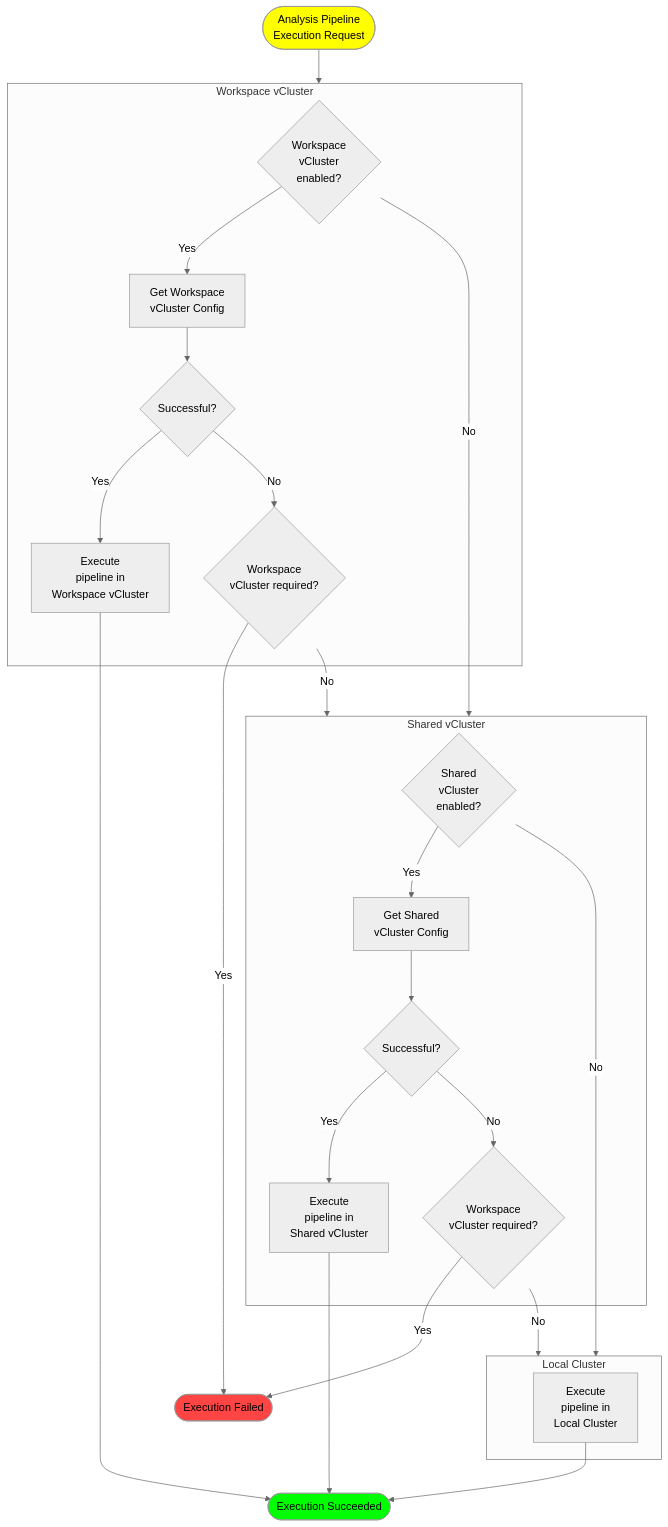
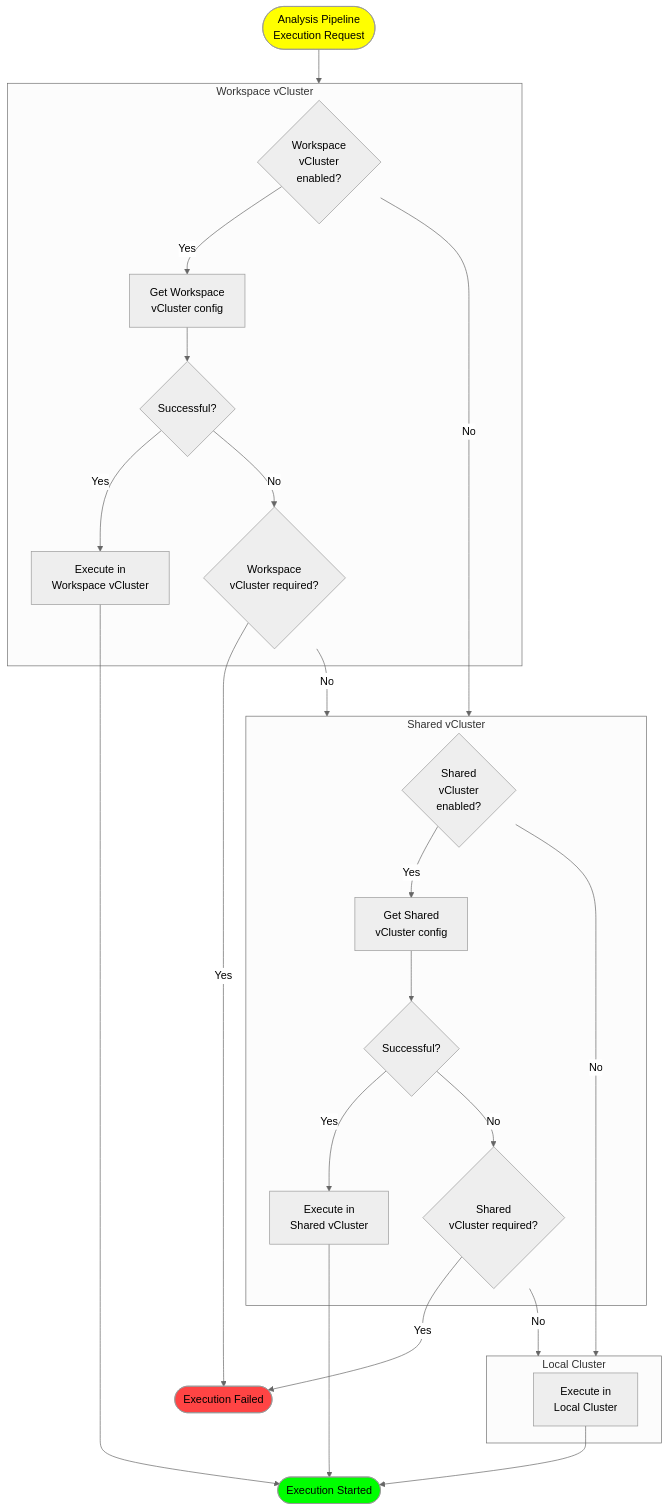
The diagram in docs/design/architecture.md (EOEPCA/application-quality), drawn with Mermaid (neutral theme) before and after one commit. The commit also changed 1 other file, not shown here.

Commit message:
Enabled mermaid extension in mkdocs

````diff
--- a/docs/design/architecture.md
+++ b/docs/design/architecture.md
@@ -100,51 +100,48 @@
 ```mermaid
 flowchart TD
     A@{ shape: "stadium", label: "Analysis Pipeline
     Execution Request" }
     style A fill:#FFFF00
     A --> WvC
     subgraph WvC [Workspace vCluster]
         C1{Workspace
         vCluster
         enabled?}
         C1 -->|Yes| C2[Get Workspace
-        vCluster Config]
+        vCluster config]
         C2 --> C3{Successful?}
-        C3 -->|Yes| C4[Execute
-        pipeline in
+        C3 -->|Yes| C4[Execute in
         Workspace vCluster]
         C3 -->|No| C5{Workspace
         vCluster required?}
     end
     C1 -->|No| SvC
     C5 -->|No| SvC
     C5 -->|Yes| Z
     subgraph SvC [Shared vCluster]
         D1{Shared
         vCluster
         enabled?}
         D1 -->|Yes| D2[Get Shared
-        vCluster Config]
+        vCluster config]
         D2 --> D3{Successful?}
-        D3 -->|Yes| D4[Execute
-        pipeline in
+        D3 -->|Yes| D4[Execute in
         Shared vCluster]
-        D3 -->|No| D5{Workspace
+        D3 -->|No| D5{Shared
         vCluster required?}
     end
     D1 -->|No| Loc
     D5 -->|Yes| Z
     D5 -->|No| Loc
     subgraph Loc [Local Cluster]
-        E1[Execute
-        pipeline in
+        E1[Execute in
         Local Cluster]
     end
     C4 --> Y
     D4 --> Y
     E1 --> Y
-    Y@{ shape: "stadium", label: "Execution Succeeded" }
+    Y@{ shape: "stadium", label: "Execution Started" }
     Z@{ shape: "stadium", label: "Execution Failed" }
     style Y fill:#00FF00
     style Z fill:#FF4444
 ```
````
